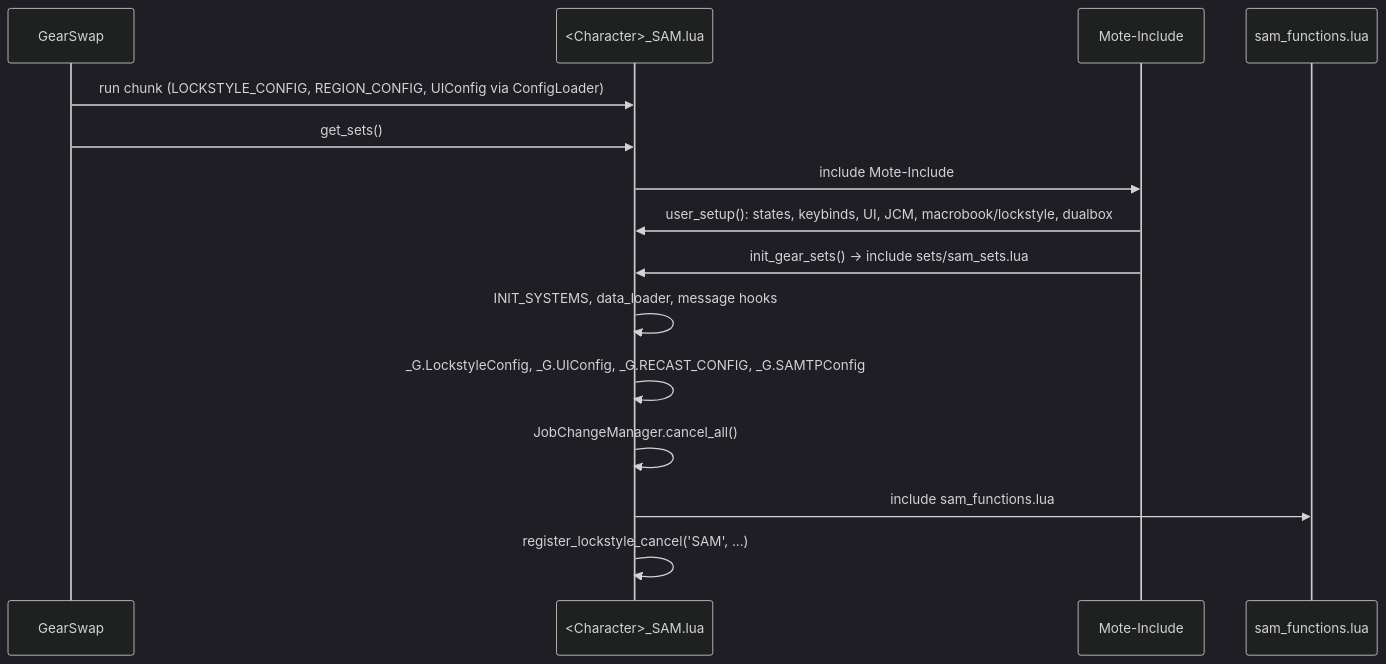
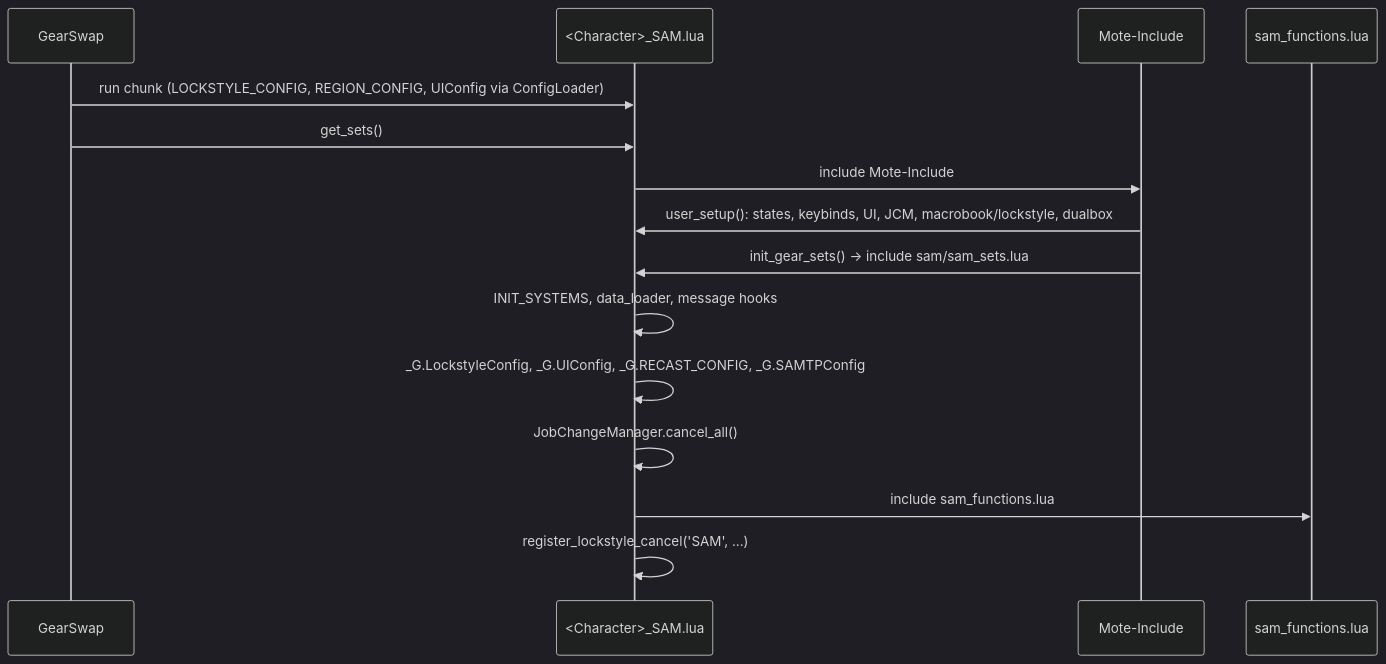
The first of 2 diagrams in docs/dev/jobs/sam.md (ejouanchicot/Gearswap), drawn with Mermaid (dark theme) before and after one commit. The commit also changed other lines of this file and 248 other files, not shown here.

````diff
--- a/docs/dev/jobs/sam.md
+++ b/docs/dev/jobs/sam.md
@@ -77,17 +77,17 @@
 ```mermaid
 sequenceDiagram
     participant GS as GearSwap
     participant E as <Character>_SAM.lua
     participant M as Mote-Include
     participant F as sam_functions.lua
     GS->>E: run chunk (LOCKSTYLE_CONFIG, REGION_CONFIG, UIConfig via ConfigLoader)
     GS->>E: get_sets()
     E->>M: include Mote-Include
     M->>E: user_setup(): states, keybinds, UI, JCM, macrobook/lockstyle, dualbox
-    M->>E: init_gear_sets() -> include sets/sam_sets.lua
+    M->>E: init_gear_sets() -> include sam/sam_sets.lua
     E->>E: INIT_SYSTEMS, data_loader, message hooks
     E->>E: _G.LockstyleConfig, _G.UIConfig, _G.RECAST_CONFIG, _G.SAMTPConfig
     E->>E: JobChangeManager.cancel_all()
     E->>F: include sam_functions.lua
     E->>E: register_lockstyle_cancel('SAM', ...)
 ```
````
